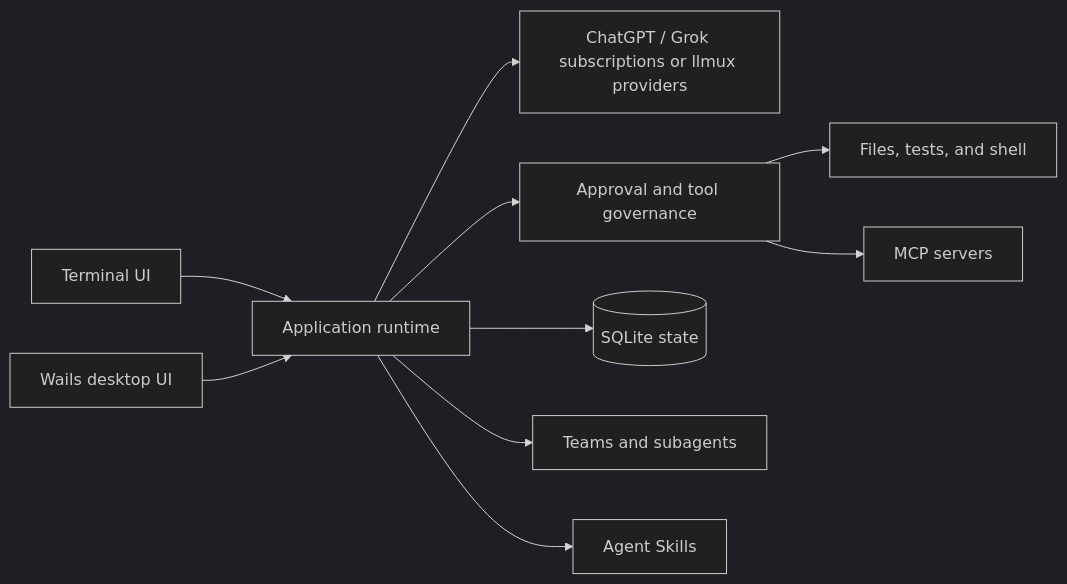
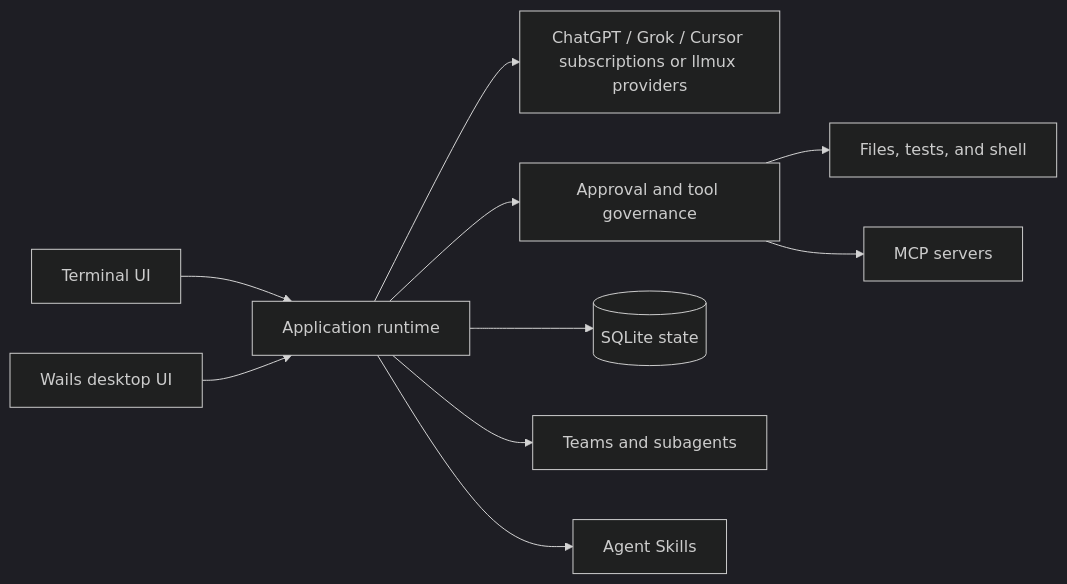
Before and after one commit to Viking602/azem: the diagram in README.md, drawn with Mermaid (dark theme). The commit also changed other lines of this file and 177 other files, not shown here.

````diff
--- a/README.md
+++ b/README.md
@@ -180,12 +185,12 @@
 ```mermaid
 flowchart LR
     U[Terminal UI] --> A[Application runtime]
     D[Wails desktop UI] --> A
-    A --> P[ChatGPT / Grok subscriptions or llmux providers]
+    A --> P[ChatGPT / Grok / Cursor subscriptions or llmux providers]
     A --> G[Approval and tool governance]
     G --> T[Files, tests, and shell]
     G --> M[MCP servers]
     A --> S[(SQLite state)]
     A --> C[Teams and subagents]
     A --> K[Agent Skills]
 ```
````
